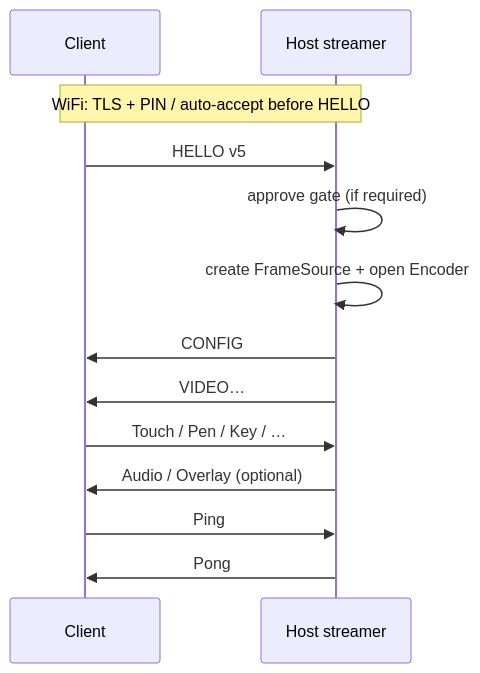
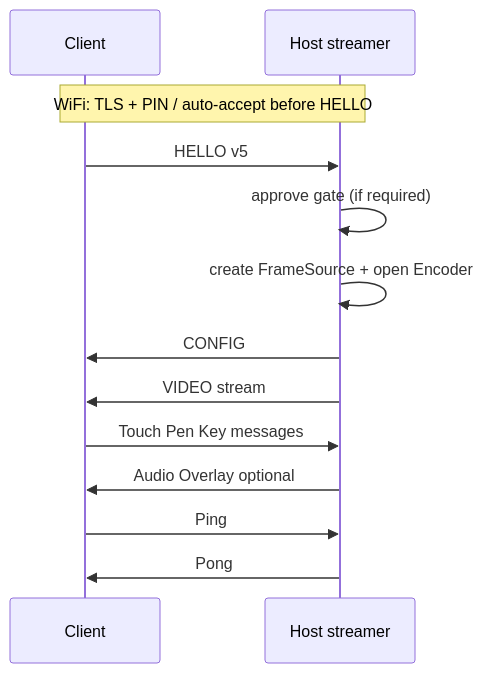
The tenth of 10 diagrams in docs/ARCHITECTURE.md (davidcarma/droppix), drawn with Mermaid before and after one commit. The commit also changed other lines of this file, not shown here.

First line of the commit message:
docs: fix Mermaid diagrams for GitHub rendering

````diff
--- a/docs/ARCHITECTURE.md
+++ b/docs/ARCHITECTURE.md
@@ -232,16 +229,16 @@
 ```mermaid
 sequenceDiagram
     participant C as Client
     participant H as Host streamer
 
     Note over C,H: WiFi: TLS + PIN / auto-accept before HELLO
     C->>H: HELLO v5
     H->>H: approve gate (if required)
     H->>H: create FrameSource + open Encoder
     H->>C: CONFIG
-    H->>C: VIDEO…
-    C->>H: Touch / Pen / Key / …
-    H->>C: Audio / Overlay (optional)
+    H->>C: VIDEO stream
+    C->>H: Touch Pen Key messages
+    H->>C: Audio Overlay optional
     C->>H: Ping
     H->>C: Pong
 ```
````
